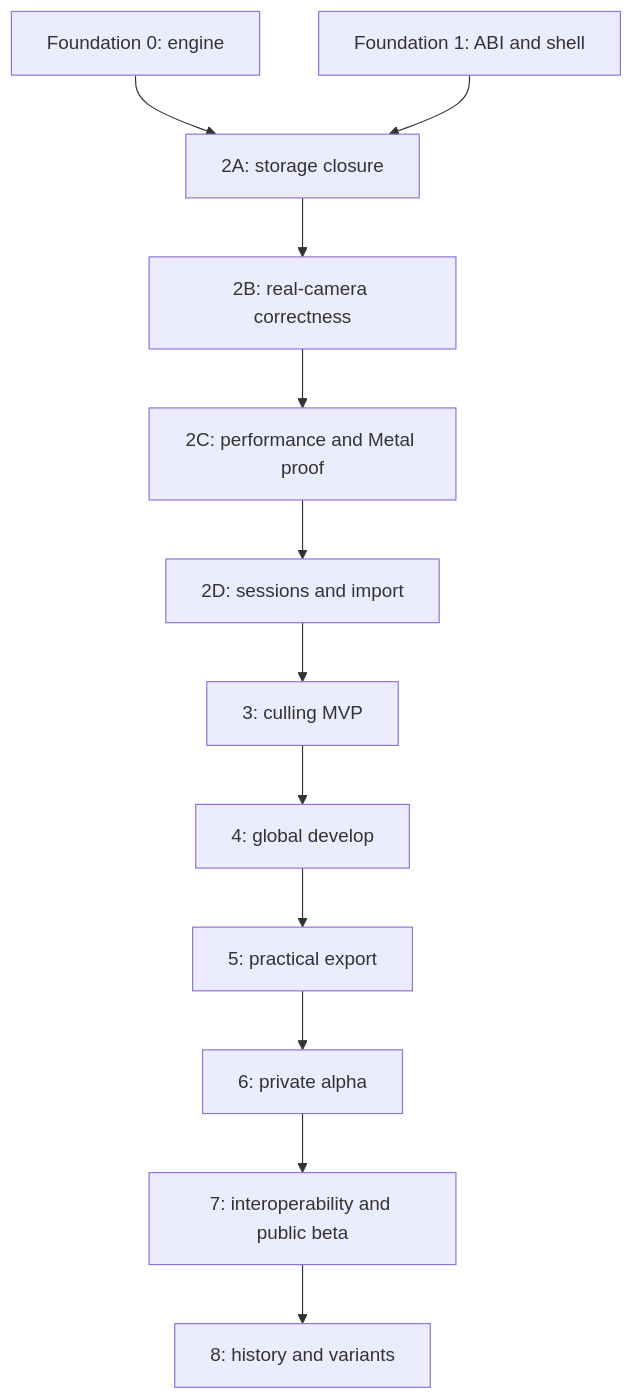
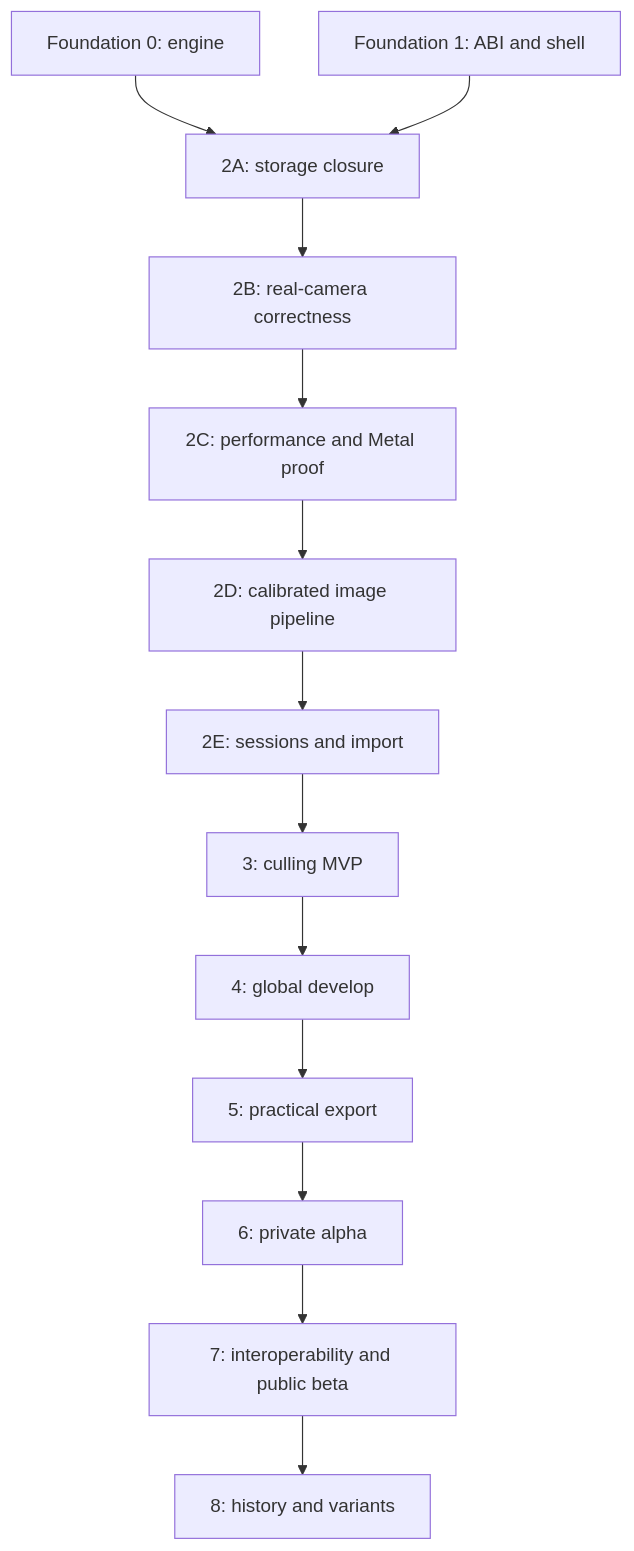
One commit to zmscode/banksia changed the diagram in plan.md. Above: the diagram before and after it, drawn with Mermaid. The commit also changed other lines of this file and 20 other files, not shown here.

````diff
--- a/plan.md
+++ b/plan.md
@@ -135,14 +153,15 @@
 ```mermaid
 graph TD
     F0[Foundation 0: engine] --> P2A[2A: storage closure]
     F1[Foundation 1: ABI and shell] --> P2A
     P2A --> P2B[2B: real-camera correctness]
     P2B --> P2C[2C: performance and Metal proof]
-    P2C --> P2D[2D: sessions and import]
-    P2D --> P3[3: culling MVP]
+    P2C --> P2D[2D: calibrated image pipeline]
+    P2D --> P2E[2E: sessions and import]
+    P2E --> P3[3: culling MVP]
     P3 --> P4[4: global develop]
     P4 --> P5[5: practical export]
     P5 --> P6[6: private alpha]
     P6 --> P7[7: interoperability and public beta]
     P7 --> P8[8: history and variants]
 ```
````
